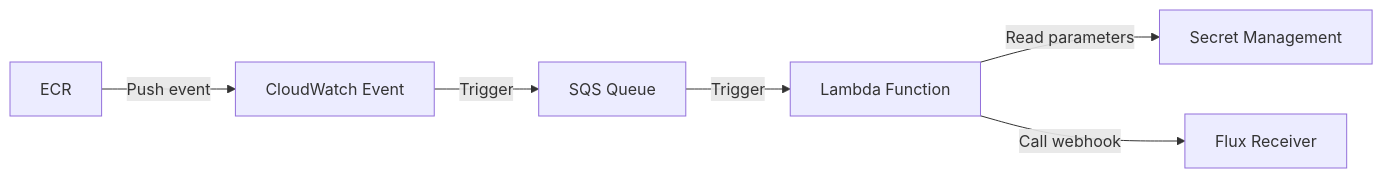
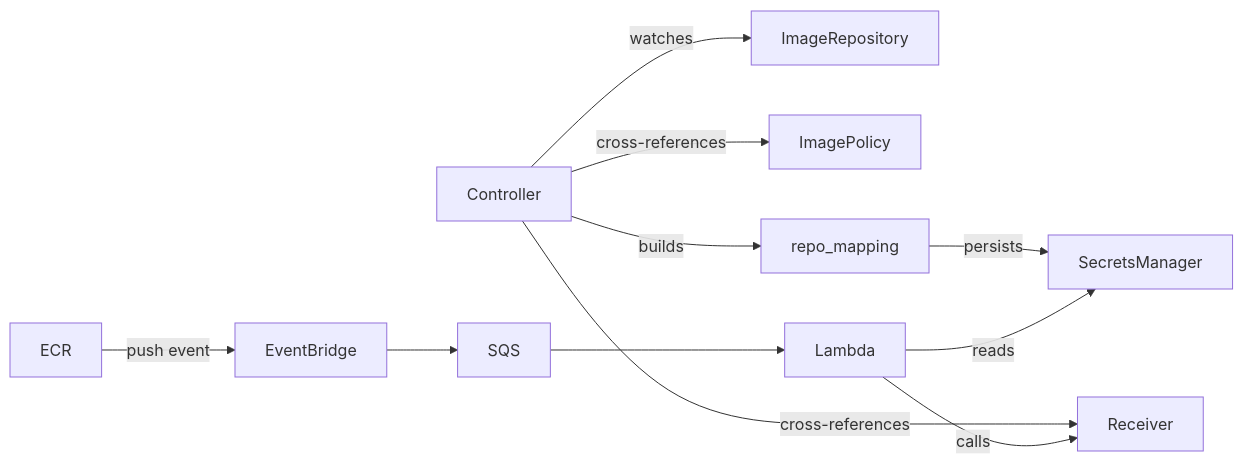
The diagram in README.md (fabidick22/flux2-ecr-webhook), drawn with Mermaid before and after one commit. The commit also changed other lines of this file, not shown here.

````diff
--- a/README.md
+++ b/README.md
@@ -8,8 +9,12 @@
 ```mermaid
 graph LR
-  ECR[ECR] -->|Push event| CW[CloudWatch Event]
-  CW -->|Trigger| SQS[SQS Queue]
-  SQS -->|Trigger| L[Lambda Function]
-  L -->|Read parameters| SM[Secret Management]
-  L -->|Call webhook| F[Flux Receiver]
+  C[Controller] -->|watches| IR[ImageRepository]
+  C -->|cross-references| IP[ImagePolicy]
+  C -->|cross-references| R[Receiver]
+  C -->|builds| RM[repo_mapping]
+  RM -->|persists| SM[SecretsManager]
+  ECR -->|push event| EB[EventBridge]
+  EB --> SQS --> Lambda
+  Lambda -->|reads| SM
+  Lambda -->|calls| R
 ```
````
